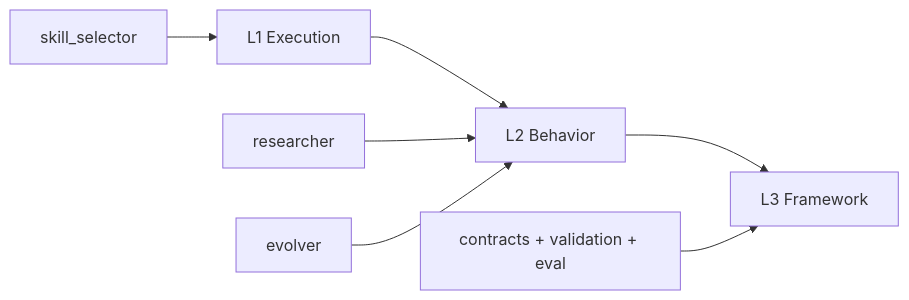
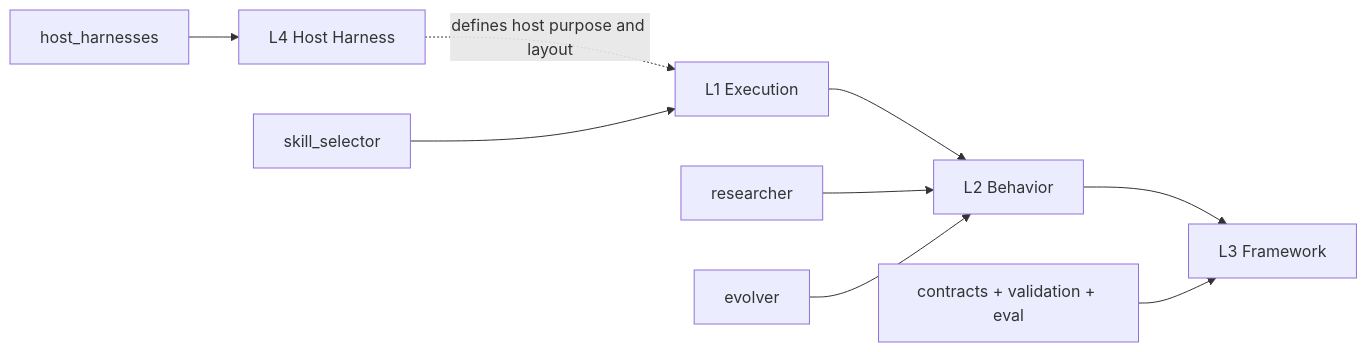
Before and after one commit to bagakit/bagakit: the diagram in docs/architecture/A1-system-architecture.md, drawn with Mermaid. The commit also changed other lines of this file and 4 other files, not shown here.

Commit message:
docs(architecture): add L4 host-harness layer to primary architecture

````diff
--- a/docs/architecture/A1-system-architecture.md
+++ b/docs/architecture/A1-system-architecture.md
@@ -459,14 +498,17 @@
 ```mermaid
 flowchart LR
     L1[L1 Execution]
     L2[L2 Behavior]
     L3[L3 Framework]
+    L4[L4 Host Harness]
 
     L1 --> L2
     L2 --> L3
+    L4 -.defines host purpose and layout.-> L1
 
     S1[skill_selector] --> L1
     R1[researcher] --> L2
     E1[evolver] --> L2
     C1[contracts + validation + eval] --> L3
+    H1[host_harnesses] --> L4
 ```
````
